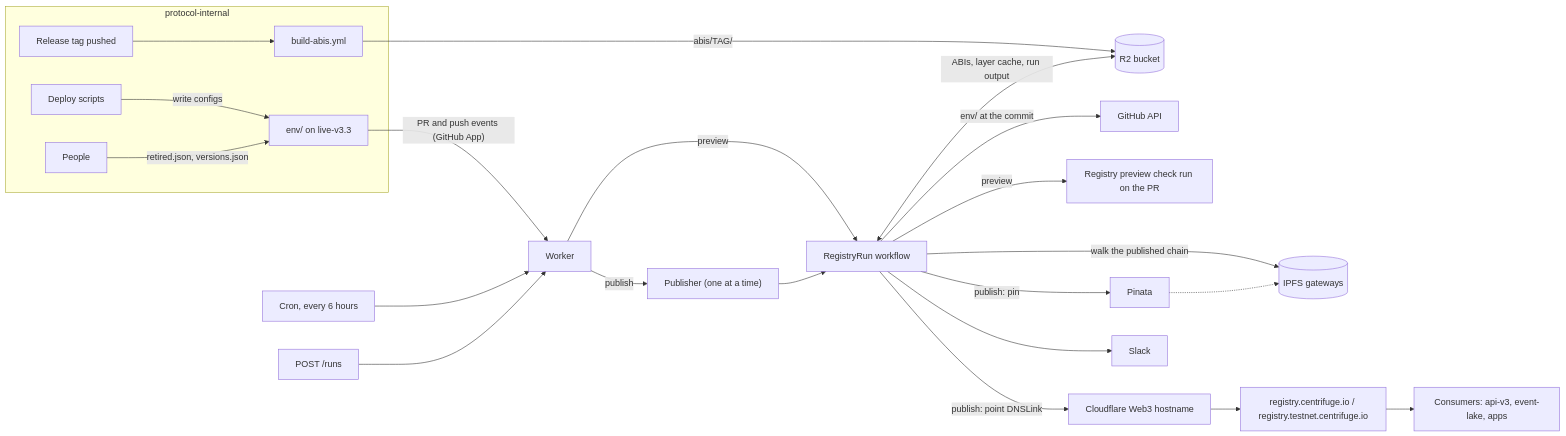
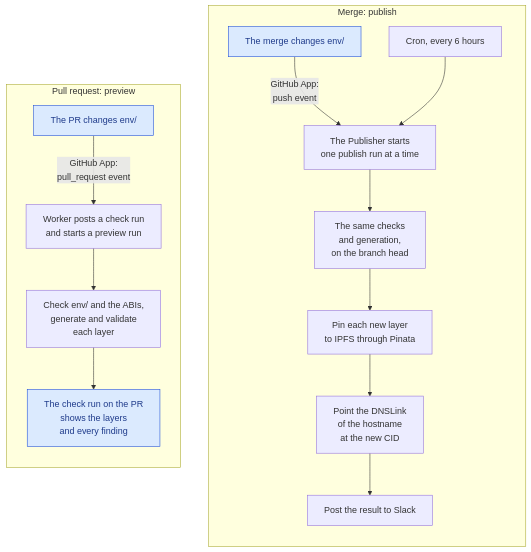
The diagram in docs/how-it-works.md (centrifuge/protocol-registry), drawn with Mermaid before and after one commit. The commit also changed other lines of this file and 1 other file, not shown here.

First line of the commit message:
docs: show how protocol-internal and the Worker connect

````diff
--- a/docs/how-it-works.md
+++ b/docs/how-it-works.md
@@ -42,29 +30,29 @@
 ```mermaid
 flowchart LR
-  subgraph PI["protocol-internal"]
-    deploy["Deploy scripts"] -->|write configs| env["env/ on live-v3.3"]
-    people["People"] -->|retired.json, versions.json| env
-    tag["Release tag pushed"] --> build["build-abis.yml"]
+  subgraph previewLane["Pull request: preview"]
+    direction TB
+    prChange["The PR changes env/"]:::pi
+    prStart["Worker posts a check run<br/>and starts a preview run"]
+    prGenerate["Check env/ and the ABIs,<br/>generate and validate<br/>each layer"]
+    prCheck["The check run on the PR<br/>shows the layers<br/>and every finding"]:::pi
+    prChange -->|"GitHub App:<br/>pull_request event"| prStart
+    prStart --> prGenerate --> prCheck
   end
 
-  build -->|"abis/TAG/"| R2[("R2 bucket")]
-  env -->|"PR and push events (GitHub App)"| W["Worker"]
-  cron["Cron, every 6 hours"] --> W
-  manual["POST /runs"] --> W
+  subgraph publishLane["Merge: publish"]
+    direction TB
+    mergeChange["The merge changes env/"]:::pi
+    cronTrigger["Cron, every 6 hours"]
+    pubStart["The Publisher starts<br/>one publish run at a time"]
+    pubGenerate["The same checks<br/>and generation,<br/>on the branch head"]
+    pinLayer["Pin each new layer<br/>to IPFS through Pinata"]
+    pointDns["Point the DNSLink<br/>of the hostname<br/>at the new CID"]
+    postSlack["Post the result to Slack"]
+    mergeChange -->|"GitHub App:<br/>push event"| pubStart
+    cronTrigger --> pubStart
+    pubStart --> pubGenerate --> pinLayer --> pointDns --> postSlack
+  end
 
-  W -->|preview| RR["RegistryRun workflow"]
-  W -->|publish| P["Publisher (one at a time)"] --> RR
-
-  RR -->|"env/ at the commit"| GH["GitHub API"]
-  RR <-->|"ABIs, layer cache, run output"| R2
-  RR -->|walk the published chain| IPFS[("IPFS gateways")]
-
-  RR -->|preview| check["Registry preview check run on the PR"]
-  RR -->|"publish: pin"| pinata["Pinata"]
-  RR -->|"publish: point DNSLink"| cf["Cloudflare Web3 hostname"]
-  RR --> slack["Slack"]
-
-  cf --> host["registry.centrifuge.io / registry.testnet.centrifuge.io"]
-  host --> consumers["Consumers: api-v3, event-lake, apps"]
-  pinata -.-> IPFS
+  previewLane ~~~ publishLane
+  classDef pi fill:#dbeafe,stroke:#1d4ed8,color:#1e3a8a
 ```
````
